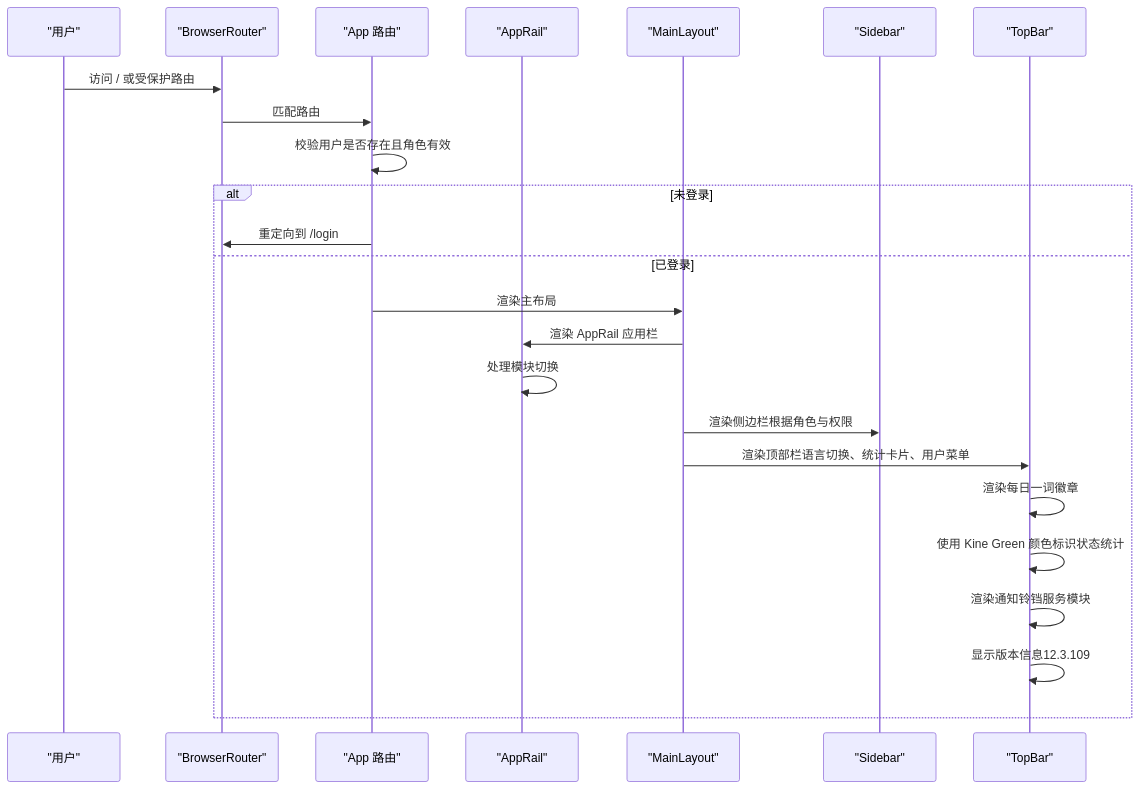
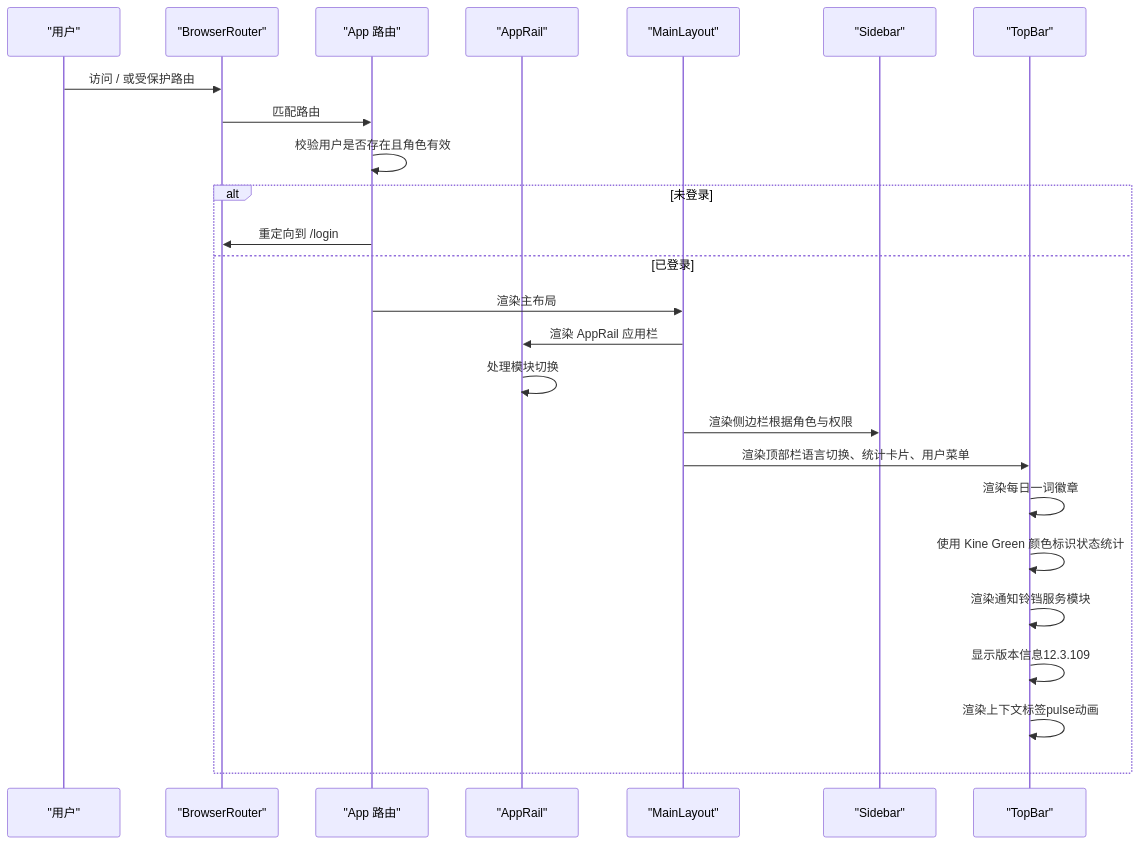
The ninth of 29 diagrams in .qoder/repowiki/zh/content/系统架构/前端架构设计/前端架构设计.md (CubeEdge/Longhorn), drawn with Mermaid before and after one commit. The commit also changed other lines of this file and 118 other files, not shown here.

````diff
--- a/.qoder/repowiki/zh/content/系统架构/前端架构设计/前端架构设计.md
+++ b/.qoder/repowiki/zh/content/系统架构/前端架构设计/前端架构设计.md
@@ -483,26 +521,27 @@
 ```mermaid
 sequenceDiagram
 participant U as "用户"
 participant R as "BrowserRouter"
 participant A as "App 路由"
 participant AR as "AppRail"
 participant L as "MainLayout"
 participant S as "Sidebar"
 participant T as "TopBar"
 U->>R : 访问 / 或受保护路由
 R->>A : 匹配路由
 A->>A : 校验用户是否存在且角色有效
 alt 未登录
 A->>R : 重定向到 /login
 else 已登录
 A->>L : 渲染主布局
 L->>AR : 渲染 AppRail 应用栏
 AR->>AR : 处理模块切换
 L->>S : 渲染侧边栏根据角色与权限
 L->>T : 渲染顶部栏语言切换、统计卡片、用户菜单
 T->>T : 渲染每日一词徽章
 T->>T : 使用 Kine Green 颜色标识状态统计
 T->>T : 渲染通知铃铛服务模块
 T->>T : 显示版本信息12.3.109
+T->>T : 渲染上下文标签pulse动画
 end
 ```
````
